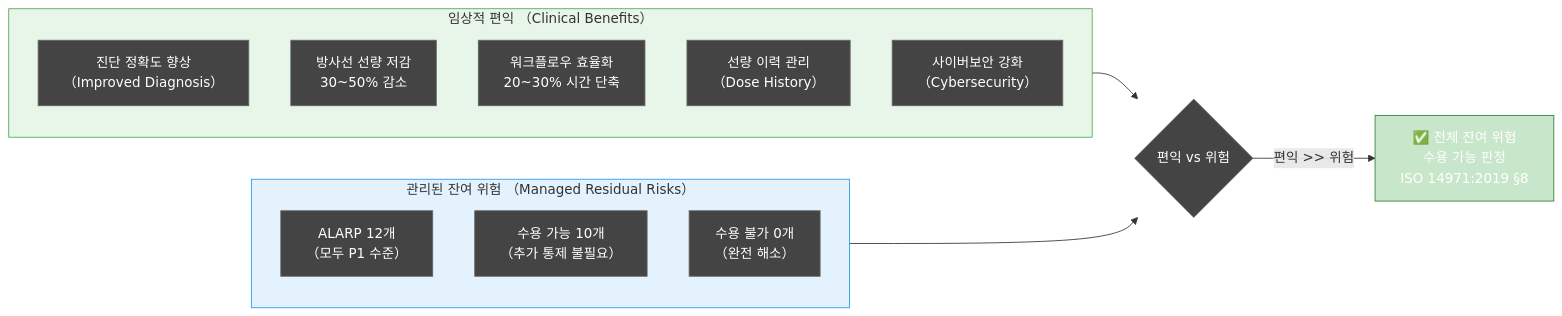
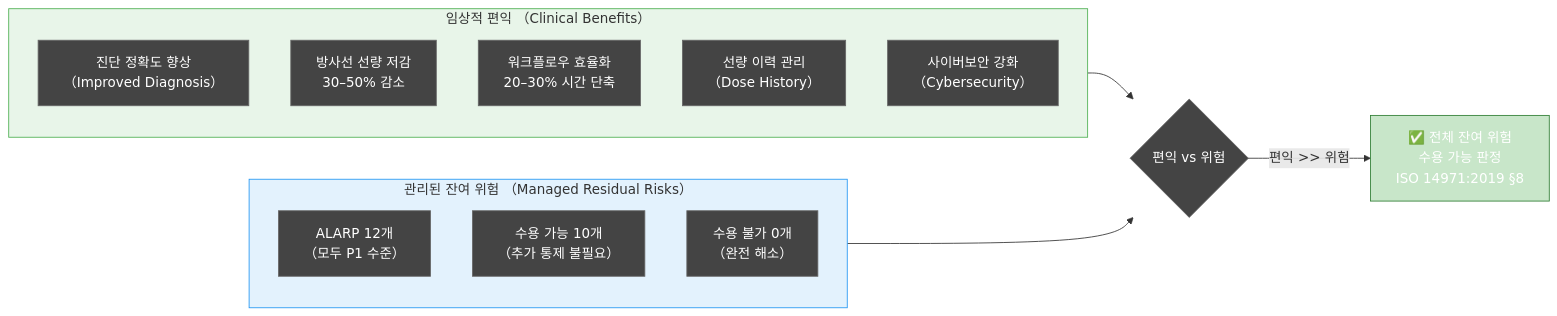
One commit to holee9/console-gui changed the seventh of 9 diagrams in docs/risk/DOC-010_RMR_v1.0.md. Above: the diagram before and after it, drawn with Mermaid. The commit also changed other lines of this file and 39 other files, not shown here.

````diff
--- a/docs/risk/DOC-010_RMR_v1.0.md
+++ b/docs/risk/DOC-010_RMR_v1.0.md
@@ -450,25 +450,25 @@
 ```mermaid
 flowchart LR
     classDef default fill:#444,stroke:#666,color:#fff
     subgraph B["임상적 편익 （Clinical Benefits）"]
         B1["진단 정확도 향상\n（Improved Diagnosis）"]
-        B2["방사선 선량 저감\n30~50% 감소"]
-        B3["워크플로우 효율화\n20~30% 시간 단축"]
+        B2["방사선 선량 저감\n30–50% 감소"]
+        B3["워크플로우 효율화\n20–30% 시간 단축"]
         B4["선량 이력 관리\n（Dose History）"]
         B5["사이버보안 강화\n（Cybersecurity）"]
     end
 
     subgraph R["관리된 잔여 위험 （Managed Residual Risks）"]
         R1["ALARP 12개\n（모두 P1 수준）"]
         R2["수용 가능 10개\n（추가 통제 불필요）"]
         R3["수용 불가 0개\n（완전 해소）"]
     end
 
     B --> C{편익 vs 위험}
     R --> C
     C -->|편익 >> 위험| D["✅ 전체 잔여 위험\n수용 가능 판정\nISO 14971:2019 §8"]
 
     style B fill:#e8f5e9,stroke:#4CAF50
     style R fill:#e3f2fd,stroke:#2196F3
     style D fill:#c8e6c9,stroke:#2e7d32
 ```
````
